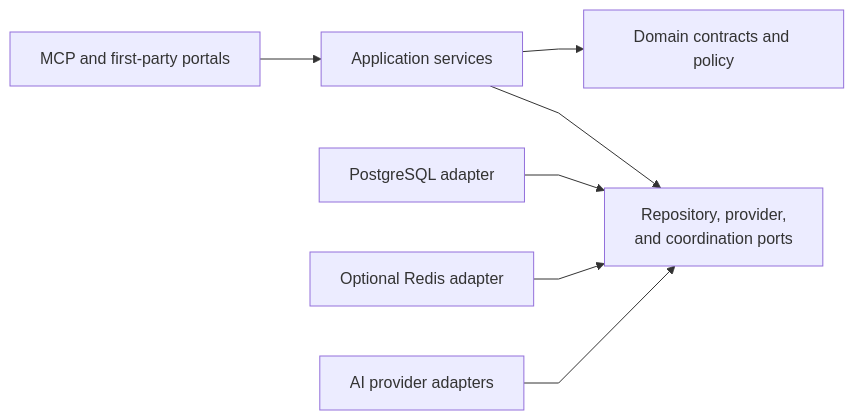
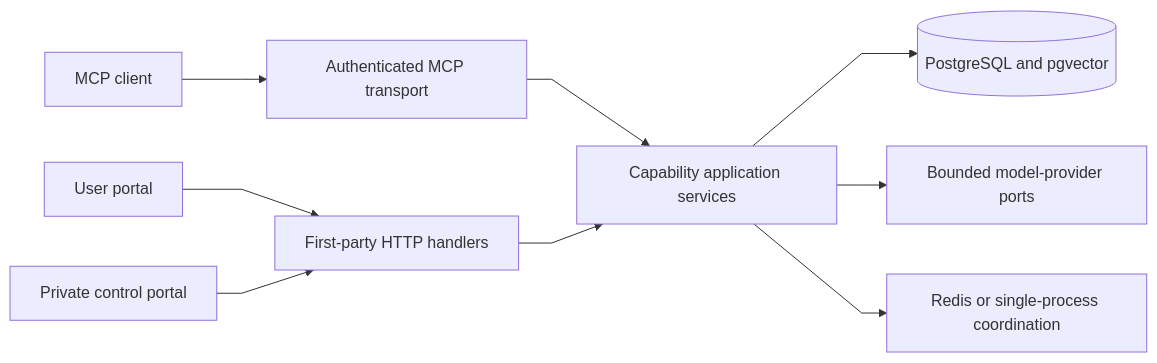
One commit to markhuangai/dense-mem changed the diagram in Architecture.md. Above: the diagram before and after it, drawn with Mermaid. The commit also changed other lines of this file and 30 other files, not shown here.

````diff
--- a/Architecture.md
+++ b/Architecture.md
@@ -196,10 +9,12 @@
 ```mermaid
 %%{init: {"flowchart": {"curve": "linear"}}}%%
 flowchart LR
-  Transport["MCP and first-party portals"] --> Application["Application services"]
-  Application --> Domain["Domain contracts and policy"]
-  Application --> Ports["Repository, provider,<br/>and coordination ports"]
-  PG["PostgreSQL adapter"] --> Ports
-  Redis["Optional Redis adapter"] --> Ports
-  AI["AI provider adapters"] --> Ports
+  Host["MCP client"] --> Transport["Authenticated MCP transport"]
+  Browser["User portal"] --> HTTP["First-party HTTP handlers"]
+  Operator["Private control portal"] --> HTTP
+  Transport --> App["Capability application services"]
+  HTTP --> App
+  App --> PG[("PostgreSQL and pgvector")]
+  App --> AI["Bounded model-provider ports"]
+  App --> Coordination["Redis or single-process coordination"]
 ```
````
